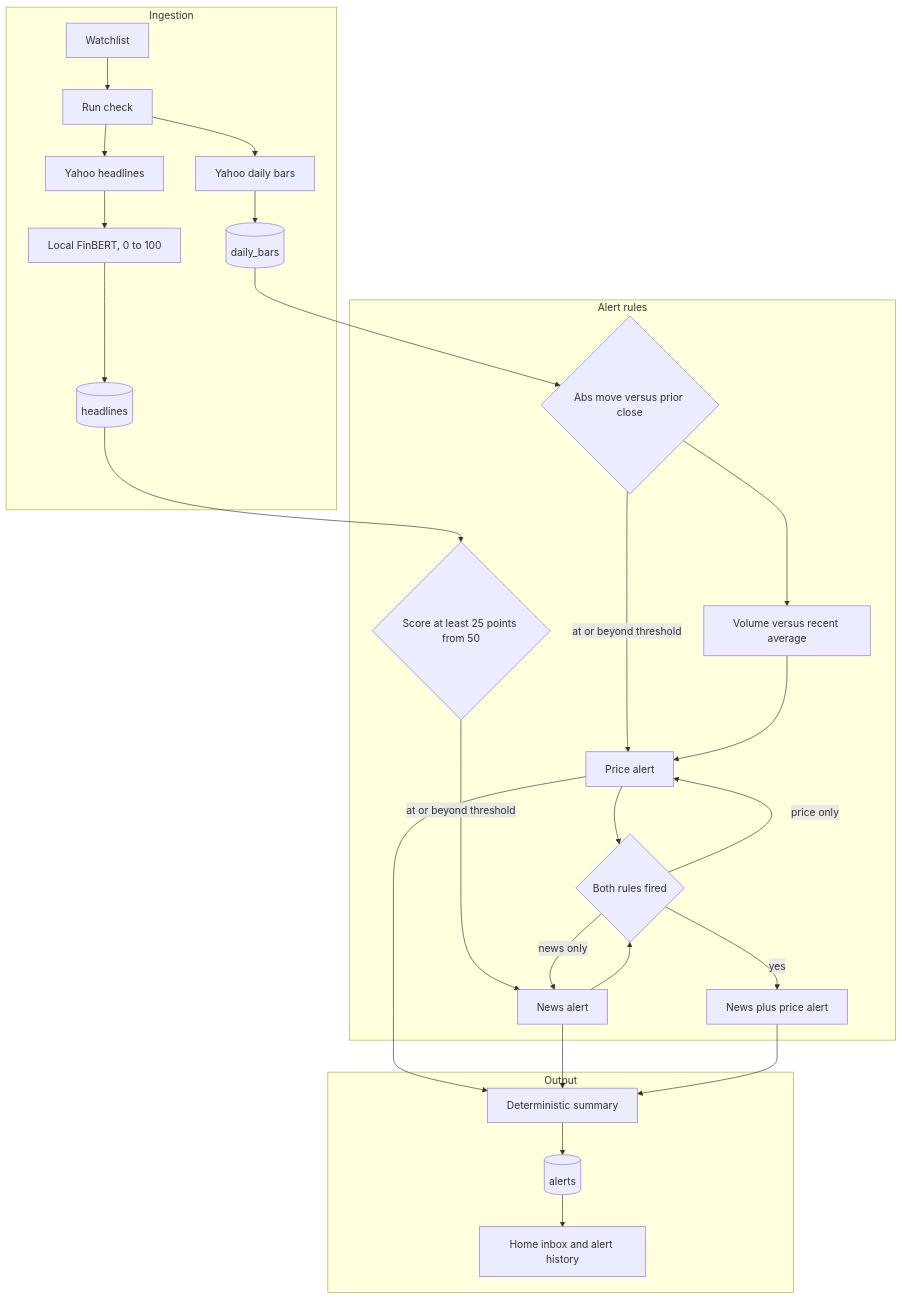
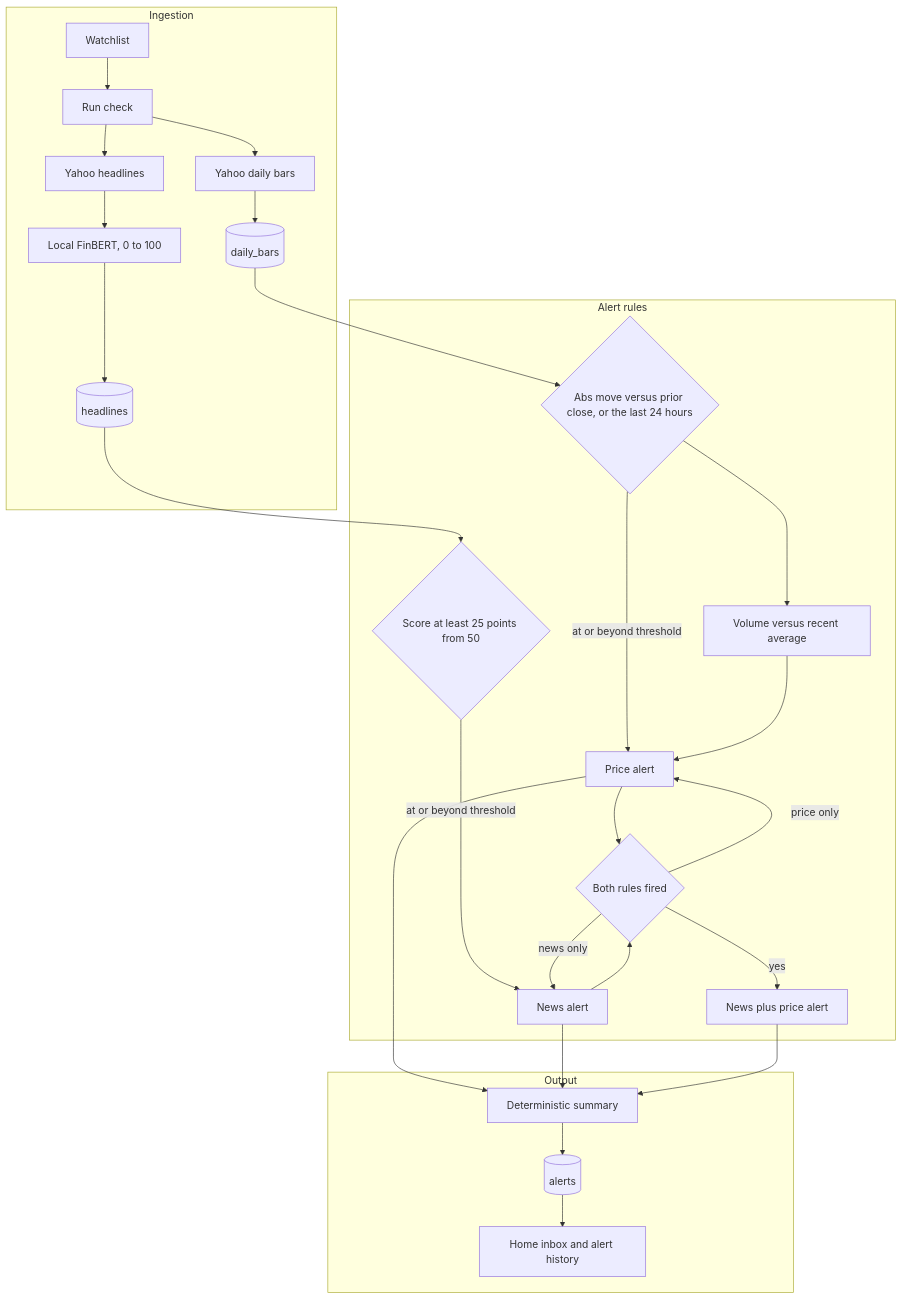
One commit to sameerde4/ticker-alert-system changed the first of 5 diagrams in docs/architecture.md. Above: the diagram before and after it, drawn with Mermaid. The commit also changed other lines of this file and 8 other files, not shown here.

````diff
--- a/docs/architecture.md
+++ b/docs/architecture.md
@@ -73,33 +73,33 @@
 ```mermaid
 flowchart TB
     subgraph ingest [Ingestion]
         WL[Watchlist] --> RUN[Run check]
         RUN --> PX[Yahoo daily bars]
         RUN --> NW[Yahoo headlines]
         PX --> BARS[(daily_bars)]
         NW --> SCORE[Local FinBERT, 0 to 100]
         SCORE --> NEWS[(headlines)]
     end
 
     subgraph rules [Alert rules]
-        BARS --> PRICE{Abs move versus prior close}
+        BARS --> PRICE{Abs move versus prior close, or the last 24 hours}
         PRICE -->|at or beyond threshold| PA[Price alert]
         PRICE --> VOL[Volume versus recent average]
         VOL --> PA
         NEWS --> NA{Score at least 25 points from 50}
         NA -->|at or beyond threshold| NEWSALERT[News alert]
         PA --> ONE{Both rules fired}
         NEWSALERT --> ONE
         ONE -->|yes| FA[News plus price alert]
         ONE -->|price only| PA
         ONE -->|news only| NEWSALERT
     end
 
     subgraph out [Output]
         PA --> SUM[Deterministic summary]
         NEWSALERT --> SUM
         FA --> SUM
         SUM --> ALERTS[(alerts)]
         ALERTS --> UI[Home inbox and alert history]
     end
 ```
````
